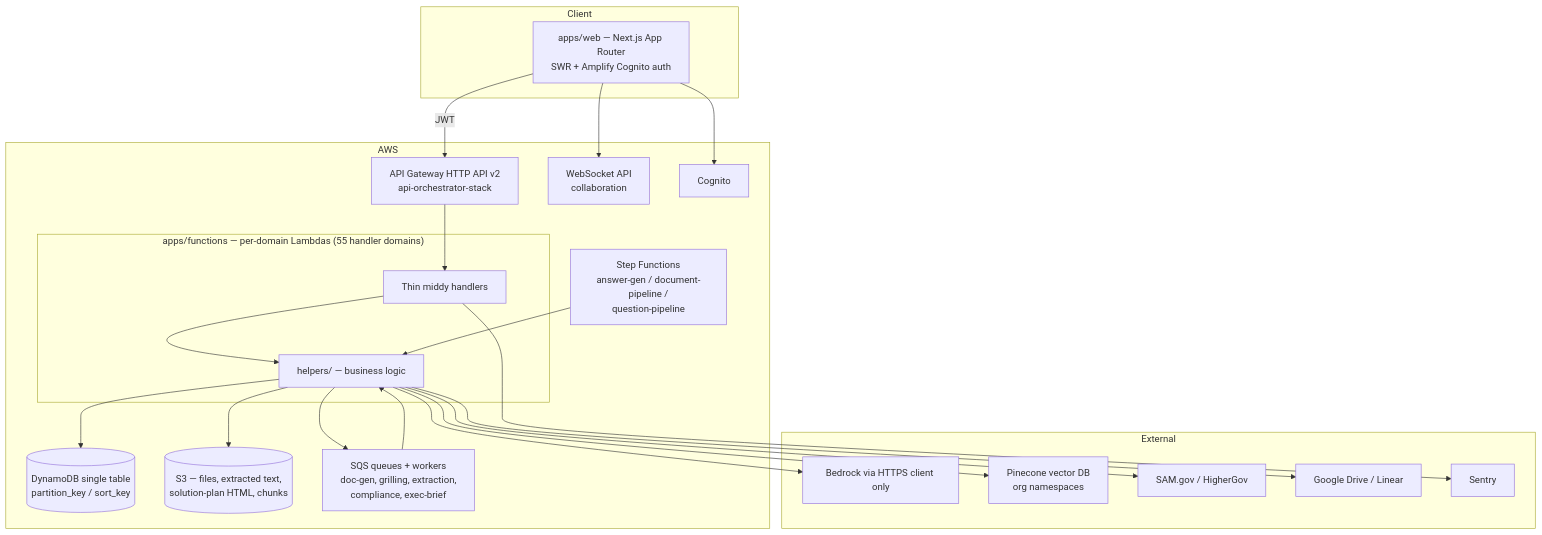
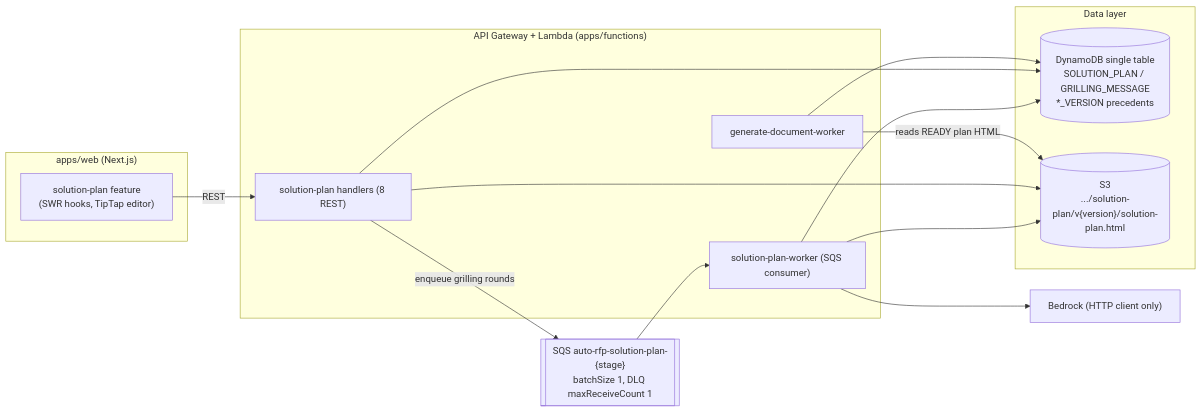
The first of 6 diagrams in aidlc/spaces/default/codekb/auto_rfp/architecture.md (MichaelWalker-git/auto_rfp), drawn with Mermaid before and after one commit. The commit also changed other lines of this file and 81 other files, not shown here.

First line of the commit message:
feat(solution-plan): add solution plan version history — capture, history API, restore-as-new, and UI

````diff
--- a/aidlc/spaces/default/codekb/auto_rfp/architecture.md
+++ b/aidlc/spaces/default/codekb/auto_rfp/architecture.md
@@ -7,35 +16,28 @@
 ```mermaid
-graph TB
-    subgraph Client
-        WEB[apps/web — Next.js App Router<br/>SWR + Amplify Cognito auth]
-    end
-    subgraph AWS
-        APIGW[API Gateway HTTP API v2<br/>api-orchestrator-stack]
-        subgraph Lambdas["apps/functions — per-domain Lambdas (55 handler domains)"]
-            H[Thin middy handlers]
-            HELP[helpers/ — business logic]
-        end
-        DDB[(DynamoDB single table<br/>partition_key / sort_key)]
-        S3[(S3 — files, extracted text,<br/>solution-plan HTML, chunks)]
-        SQS[SQS queues + workers<br/>doc-gen, grilling, extraction,<br/>compliance, exec-brief]
-        SFN[Step Functions<br/>answer-gen / document-pipeline /<br/>question-pipeline]
-        WS[WebSocket API<br/>collaboration]
-        COG[Cognito]
-    end
-    subgraph External
-        BR[Bedrock via HTTPS client only]
-        PC[Pinecone vector DB<br/>org namespaces]
-        SAM[SAM.gov / HigherGov]
-        GD[Google Drive / Linear]
-        SEN[Sentry]
-    end
-    WEB -->|JWT| APIGW --> H --> HELP
-    WEB --> WS
-    WEB --> COG
-    HELP --> DDB & S3 & SQS & PC
-    SQS --> HELP
-    SFN --> HELP
-    HELP --> BR
-    HELP --> SAM & GD
-    H --> SEN
+flowchart LR
+  subgraph Web["apps/web (Next.js)"]
+    UI["solution-plan feature\n(SWR hooks, TipTap editor)"]
+  end
+  subgraph API["API Gateway + Lambda (apps/functions)"]
+    H["solution-plan handlers (8 REST)"]
+    W["solution-plan-worker (SQS consumer)"]
+    DG["generate-document-worker"]
+  end
+  subgraph Data["Data layer"]
+    DDB[("DynamoDB single table\nSOLUTION_PLAN / GRILLING_MESSAGE\n*_VERSION precedents")]
+    S3[("S3\n.../solution-plan/v{version}/solution-plan.html")]
+  end
+  Q[["SQS auto-rfp-solution-plan-{stage}\nbatchSize 1, DLQ maxReceiveCount 1"]]
+  BR["Bedrock (HTTP client only)"]
+
+  UI -->|REST| H
+  H -->|enqueue grilling rounds| Q
+  Q --> W
+  W --> BR
+  W --> DDB
+  W --> S3
+  H --> DDB
+  H --> S3
+  DG -->|reads READY plan HTML| S3
+  DG --> DDB
 ```
````
